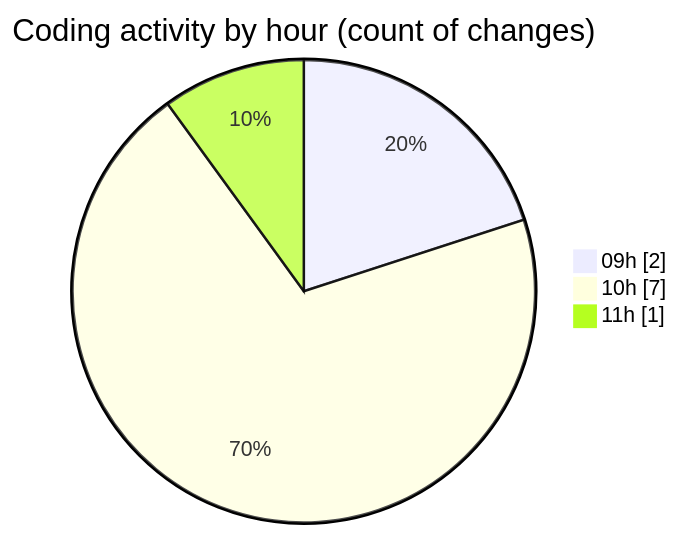
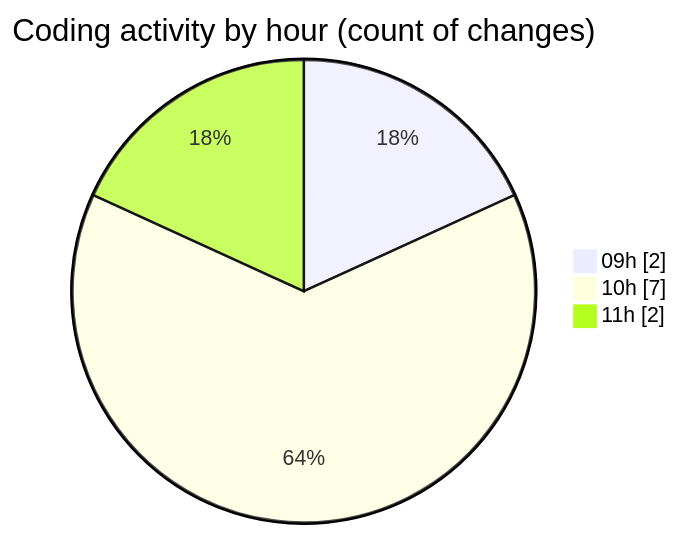
The second of 2 diagrams in 2026-03-02/typescript/README.md (igalym/code-tracking), drawn with Mermaid before and after one commit. The commit also changed other lines of this file and 1 other file, not shown here.

````diff
--- a/2026-03-02/typescript/README.md
+++ b/2026-03-02/typescript/README.md
@@ -33,7 +33,7 @@
 ```mermaid
 pie showData
 title Coding activity by hour (count of changes)
 "09h" : 2
 "10h" : 7
-"11h" : 1
+"11h" : 2
 ```
````
